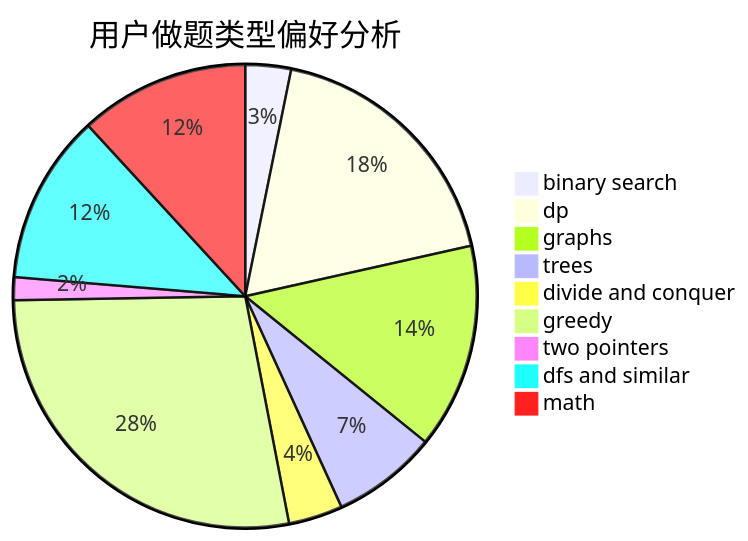
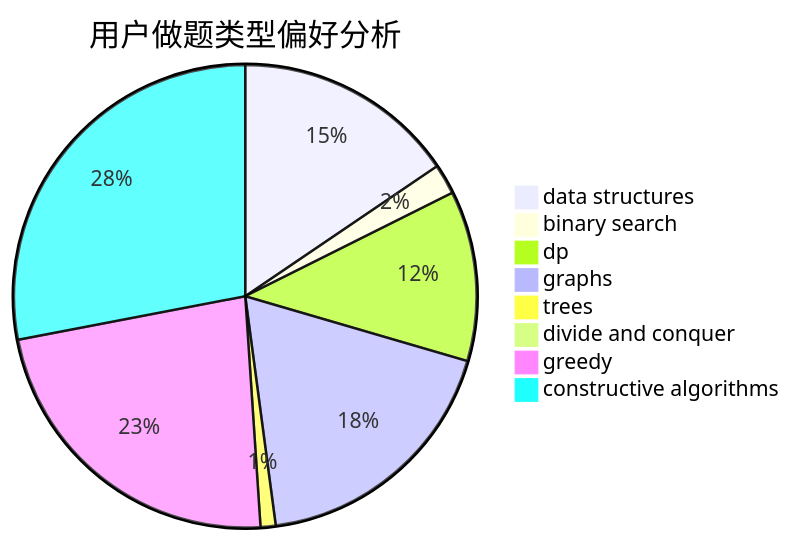
Before and after one commit to sherpahu/cfrs.github.io: the second of 3 diagrams in docs/user/u934.md, drawn with Mermaid. The commit also changed other lines of this file and 2775 other files, not shown here.

````diff
--- a/docs/user/u934.md
+++ b/docs/user/u934.md
@@ -23,12 +23,11 @@
 ```mermaid
 pie title 用户做题类型偏好分析
-    "binary search" :  32
-    "dp" :  184
-    "graphs" :  144
-    "trees" :  74
-    "divide and conquer" :  38
-    "greedy" :  279
-    "two pointers" :  16
-    "dfs and similar" :  119
-    "math" :  119
+    "data structures" :  103
+    "binary search" :  14
+    "dp" :  79
+    "graphs" :  122
+    "trees" :  7
+    "divide and conquer" :  1
+    "greedy" :  153
+    "constructive algorithms" :  186
 ```
````
